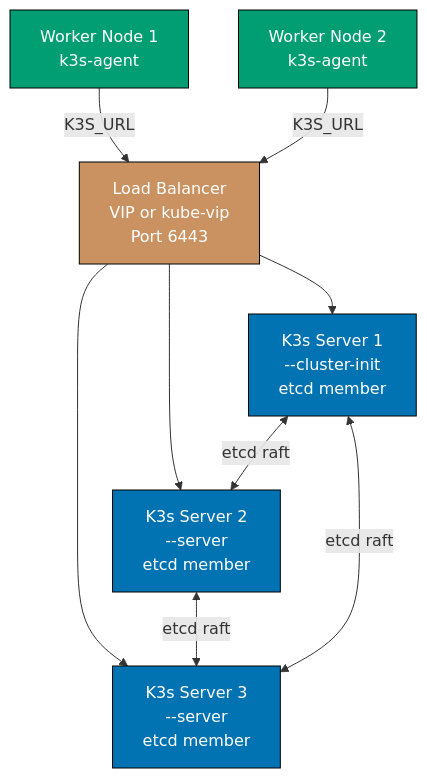
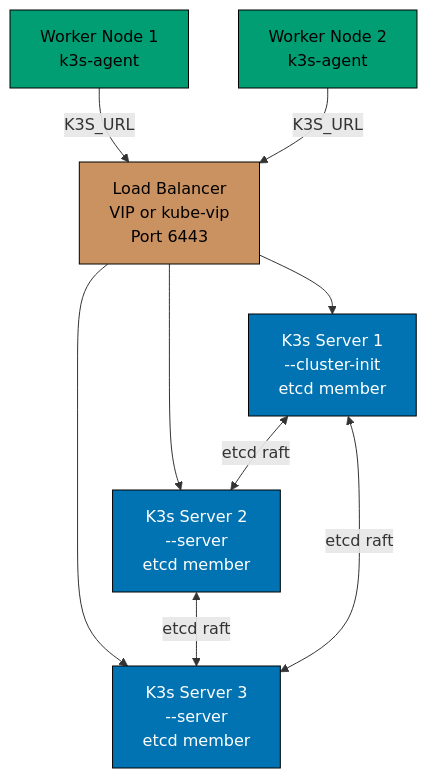
One commit to wahidyankf/ose-public changed the first of 9 diagrams in apps/ayokoding-www/content/en/learn/legacy/software-engineering/infrastructure/tools/k3s/by-example/intermediate.md. Above: the diagram before and after it, drawn with Mermaid. The commit also changed other lines of this file and 131 other files, not shown here.

First line of the commit message:
fix(mermaid): bring the legacy data, infrastructure, and testing diagrams onto the accessible palette

````diff
--- a/apps/ayokoding-www/content/en/learn/legacy/software-engineering/infrastructure/tools/k3s/by-example/intermediate.md
+++ b/apps/ayokoding-www/content/en/learn/legacy/software-engineering/infrastructure/tools/k3s/by-example/intermediate.md
@@ -18,26 +18,32 @@
 ```mermaid
 %% Color Palette: Blue #0173B2, Orange #DE8F05, Teal #029E73, Purple #CC78BC, Brown #CA9161
 graph TD
+    accTitle: Example 29: HA K3s Cluster — Embedded etcd
+    accDescr: Graph with 8 nodes and 11 connections. Nodes: Load Balancer VIP or kube-vip Port 6443, S1, cluster-init, S2, server, S3, Worker Node 1 k3s-agent, Worker Node 2 k3s-agent. Connections: S1 to cluster-init, S2 to server, S3 to server, Load Balancer VIP or kube-vip Port 6443 to S1, Load Balancer VIP or kube-vip Port 6443 to S2, Load Balancer VIP or kube-vip Port 6443 to S3, S1 to S2 (etcd raft), S2 to S3 (etcd raft), S1 to S3 (etcd raft), Worker Node 1 k3s-agent to Load Balancer VIP or kube-vip Port 6443 (K3S_URL), Worker Node 2 k3s-agent to Load Balancer VIP or kube-vip Port 6443 (K3S_URL).
     LB["Load Balancer<br/>VIP or kube-vip<br/>Port 6443"]
     S1["K3s Server 1<br/>--cluster-init<br/>etcd member"]
     S2["K3s Server 2<br/>--server<br/>etcd member"]
     S3["K3s Server 3<br/>--server<br/>etcd member"]
     W1["Worker Node 1<br/>k3s-agent"]
     W2["Worker Node 2<br/>k3s-agent"]
 
     LB --> S1
     LB --> S2
     LB --> S3
     S1 <-->|etcd raft| S2
     S2 <-->|etcd raft| S3
     S1 <-->|etcd raft| S3
     W1 -->|K3S_URL| LB
     W2 -->|K3S_URL| LB
 
-    style LB fill:#CA9161,stroke:#000,color:#fff
-    style S1 fill:#0173B2,stroke:#000,color:#fff
-    style S2 fill:#0173B2,stroke:#000,color:#fff
-    style S3 fill:#0173B2,stroke:#000,color:#fff
-    style W1 fill:#029E73,stroke:#000,color:#fff
-    style W2 fill:#029E73,stroke:#000,color:#fff
+    classDef pal-CA9161 fill:#CA9161,stroke:#000000,color:#000000
+    class LB pal-CA9161
+    classDef pal-0173B2 fill:#0173B2,stroke:#000000,color:#FFFFFF
+    class S1 pal-0173B2
+    class S2 pal-0173B2
+    class S3 pal-0173B2
+    classDef pal-029E73 fill:#029E73,stroke:#000000,color:#000000
+    class W1 pal-029E73
+    class W2 pal-029E73
+    classDef default fill:#FFFFFF,stroke:#000000,color:#000000
 ```
````
